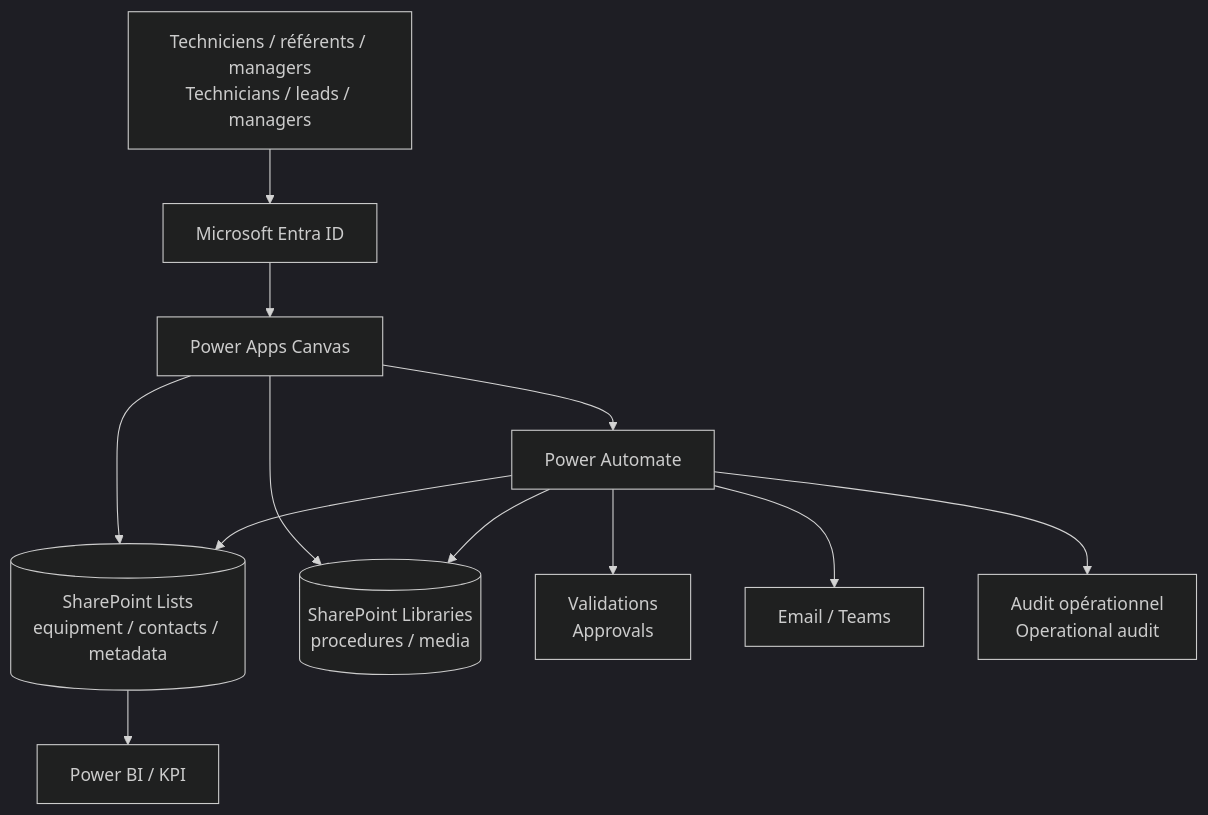
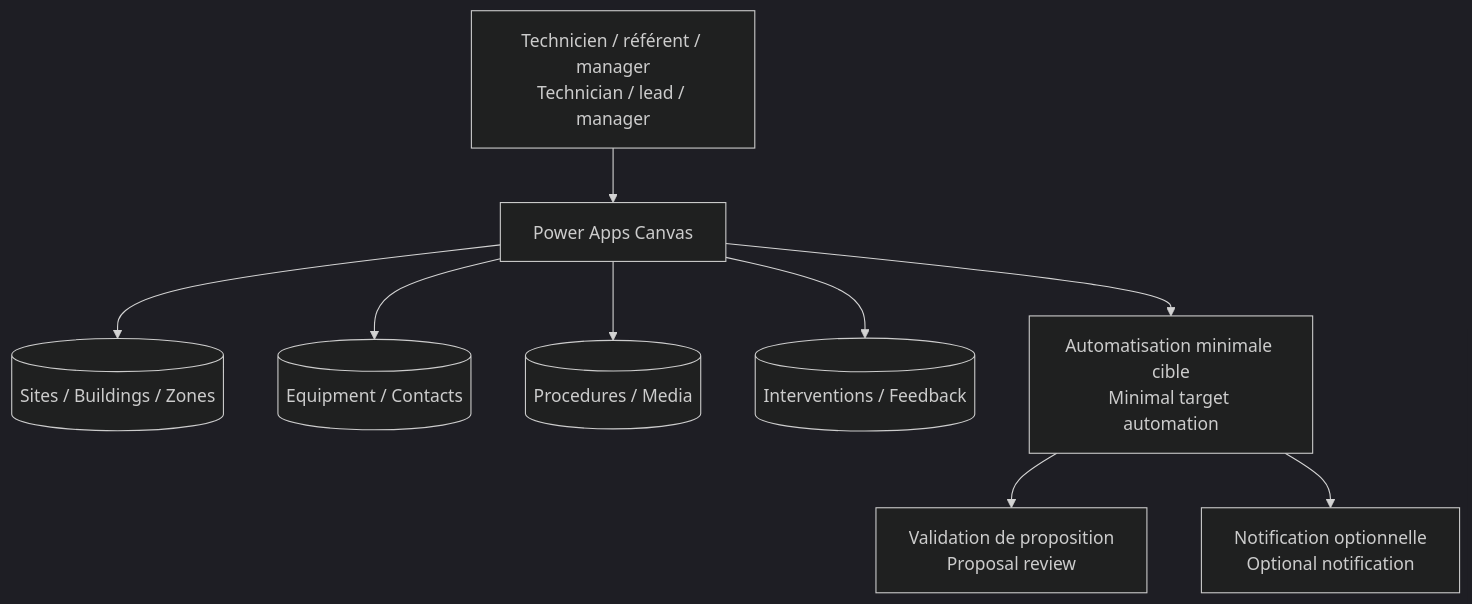
Before and after one commit to jeffersonkuku/jefferson-Mawapanga-Saku: the fifth of 6 diagrams in projects/building-operations-hub/README.md, drawn with Mermaid (dark theme). The commit also changed other lines of this file and 7 other files, not shown here.

````diff
--- a/projects/building-operations-hub/README.md
+++ b/projects/building-operations-hub/README.md
@@ -180,17 +172,13 @@
 ```mermaid
 flowchart TB
-    U[Techniciens / référents / managers<br/>Technicians / leads / managers] --> ID[Microsoft Entra ID]
-    ID --> APP[Power Apps Canvas]
+    U[Technicien / référent / manager<br/>Technician / lead / manager] --> APP[Power Apps Canvas]
 
-    APP --> SP[(SharePoint Lists<br/>equipment / contacts / metadata)]
-    APP --> LIB[(SharePoint Libraries<br/>procedures / media)]
-    APP --> FLOW[Power Automate]
+    APP --> REF[(Sites / Buildings / Zones)]
+    APP --> EQ[(Equipment / Contacts)]
+    APP --> LIB[(Procedures / Media)]
+    APP --> INT[(Interventions / Feedback)]
 
-    FLOW --> SP
-    FLOW --> LIB
-    FLOW --> APPR[Validations<br/>Approvals]
-    FLOW --> MSG[Email / Teams]
-    FLOW --> AUD[Audit opérationnel<br/>Operational audit]
-
-    SP --> BI[Power BI / KPI]
+    APP --> AUTO[Automatisation minimale cible<br/>Minimal target automation]
+    AUTO --> REVIEW[Validation de proposition<br/>Proposal review]
+    AUTO --> NOTIF[Notification optionnelle<br/>Optional notification]
 ```
````
